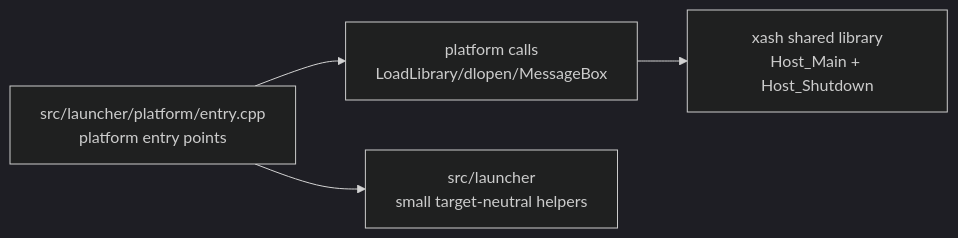
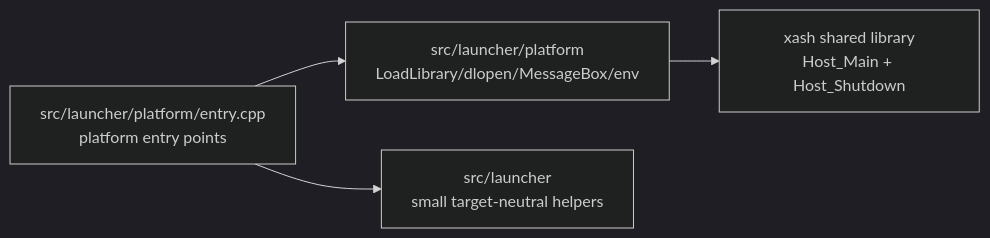
One commit to CommanderByte/xash3d-fwgs changed the second of 2 diagrams in Documentation/codex/modern/game-launch/architecture.md. Above: the diagram before and after it, drawn with Mermaid (dark theme). The commit also changed other lines of this file and 32 other files, not shown here.

Commit message:
Consolidate launcher under src

````diff
--- a/Documentation/codex/modern/game-launch/architecture.md
+++ b/Documentation/codex/modern/game-launch/architecture.md
@@ -55,11 +60,11 @@
 ```mermaid
 flowchart LR
     Entry["src/launcher/platform/entry.cpp\nplatform entry points"]
-    Compat["platform calls\nLoadLibrary/dlopen/MessageBox"]
+    Compat["src/launcher/platform\nLoadLibrary/dlopen/MessageBox/env"]
     Modern["src/launcher\nsmall target-neutral helpers"]
     Engine["xash shared library\nHost_Main + Host_Shutdown"]
 
     Entry --> Modern
     Entry --> Compat
     Compat --> Engine
 ```
````
